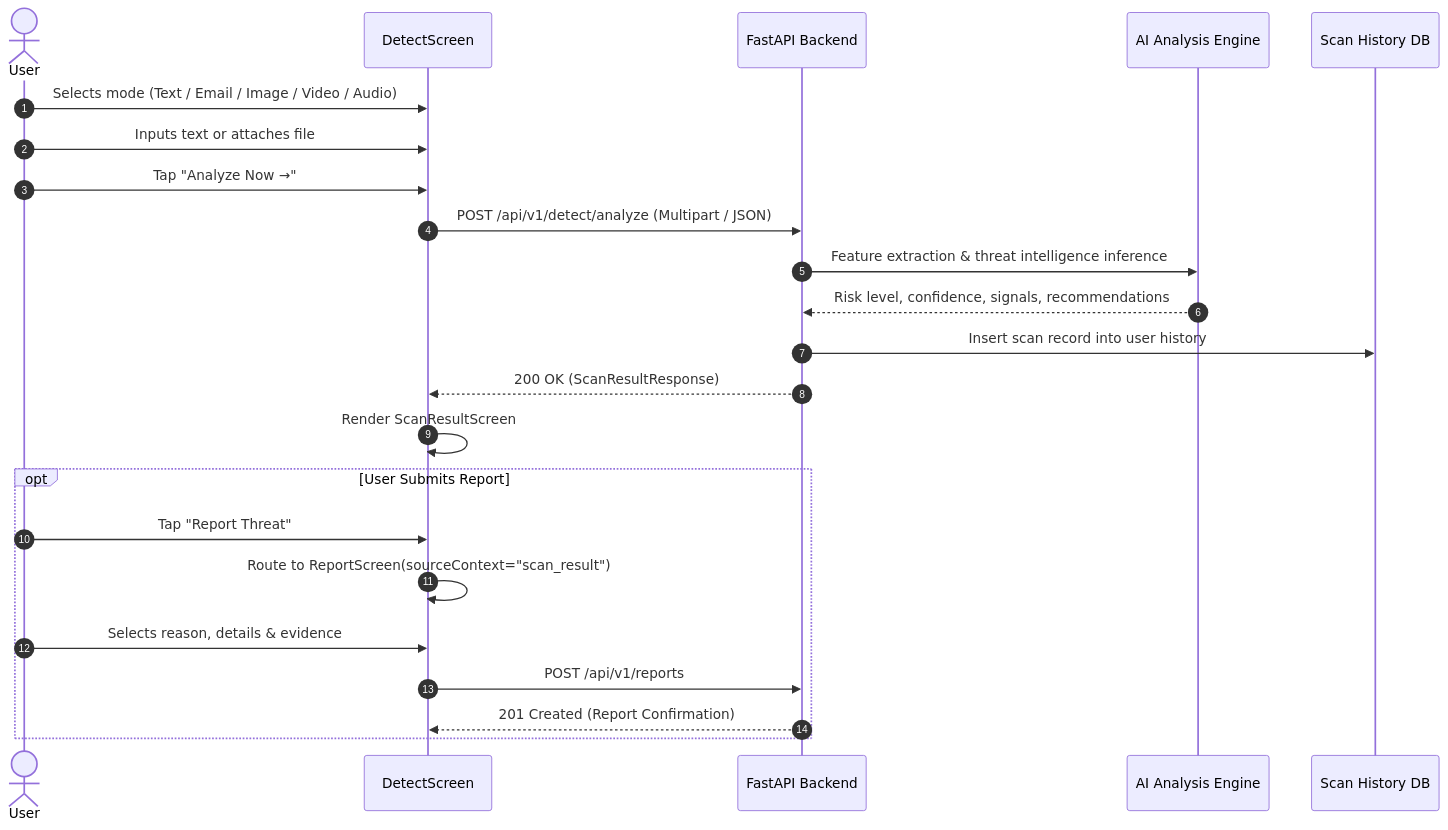
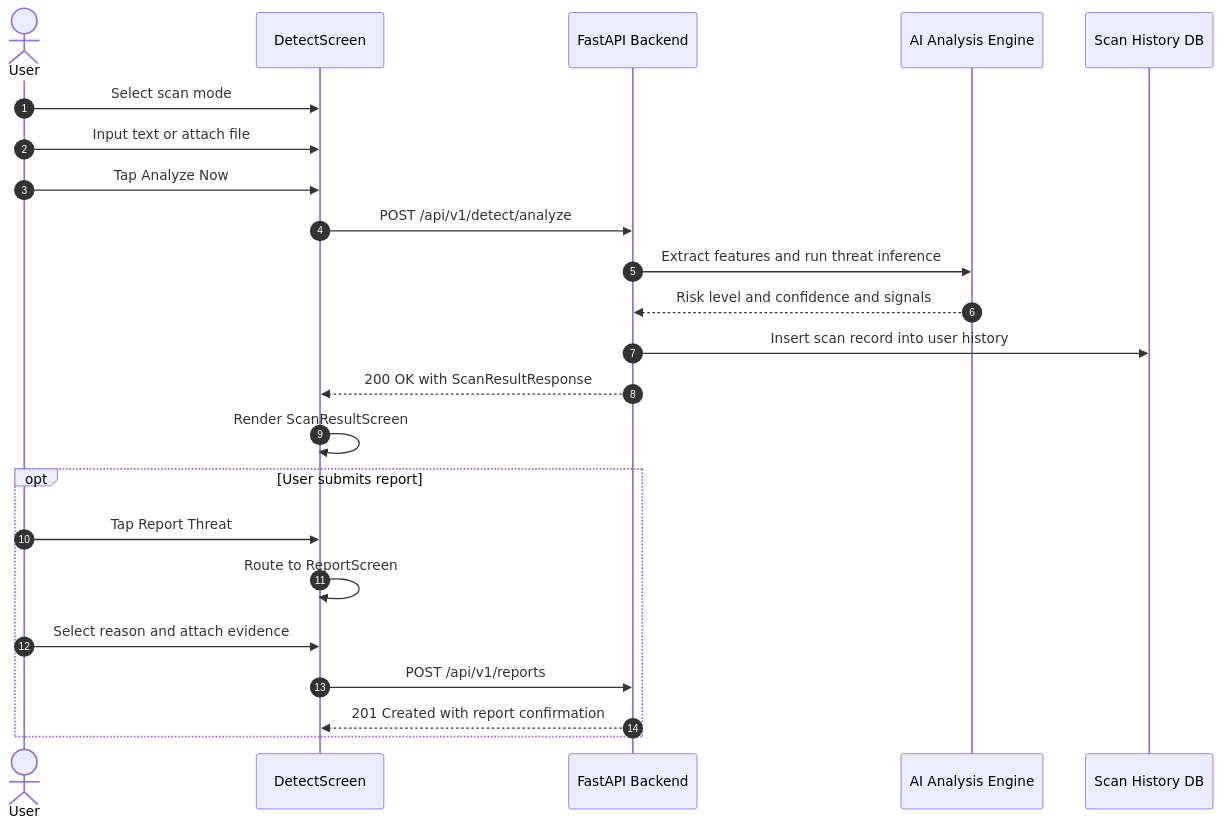
The second of 4 diagrams in docs/BACKEND-API-SPEC.md (ArsalanTheCoder/Insightify), drawn with Mermaid before and after one commit. The commit also changed other lines of this file, not shown here.

````diff
--- a/docs/BACKEND-API-SPEC.md
+++ b/docs/BACKEND-API-SPEC.md
@@ -1404,26 +1412,26 @@
 ```mermaid
 sequenceDiagram
     autonumber
     actor User
     participant App as DetectScreen
     participant API as FastAPI Backend
     participant AI as AI Analysis Engine
     participant DB as Scan History DB
 
-    User->>App: Selects mode (Text / Email / Image / Video / Audio)
-    User->>App: Inputs text or attaches file
-    User->>App: Tap "Analyze Now →"
-    App->>API: POST /api/v1/detect/analyze (Multipart / JSON)
-    API->>AI: Feature extraction & threat intelligence inference
-    AI-->>API: Risk level, confidence, signals, recommendations
+    User->>App: Select scan mode
+    User->>App: Input text or attach file
+    User->>App: Tap Analyze Now
+    App->>API: POST /api/v1/detect/analyze
+    API->>AI: Extract features and run threat inference
+    AI-->>API: Risk level and confidence and signals
     API->>DB: Insert scan record into user history
-    API-->>App: 200 OK (ScanResultResponse)
+    API-->>App: 200 OK with ScanResultResponse
     App->>App: Render ScanResultScreen
-    opt User Submits Report
-        User->>App: Tap "Report Threat"
-        App->>App: Route to ReportScreen(sourceContext="scan_result")
-        User->>App: Selects reason, details & evidence
+    opt User submits report
+        User->>App: Tap Report Threat
+        App->>App: Route to ReportScreen
+        User->>App: Select reason and attach evidence
         App->>API: POST /api/v1/reports
-        API-->>App: 201 Created (Report Confirmation)
+        API-->>App: 201 Created with report confirmation
     end
 ```
````
